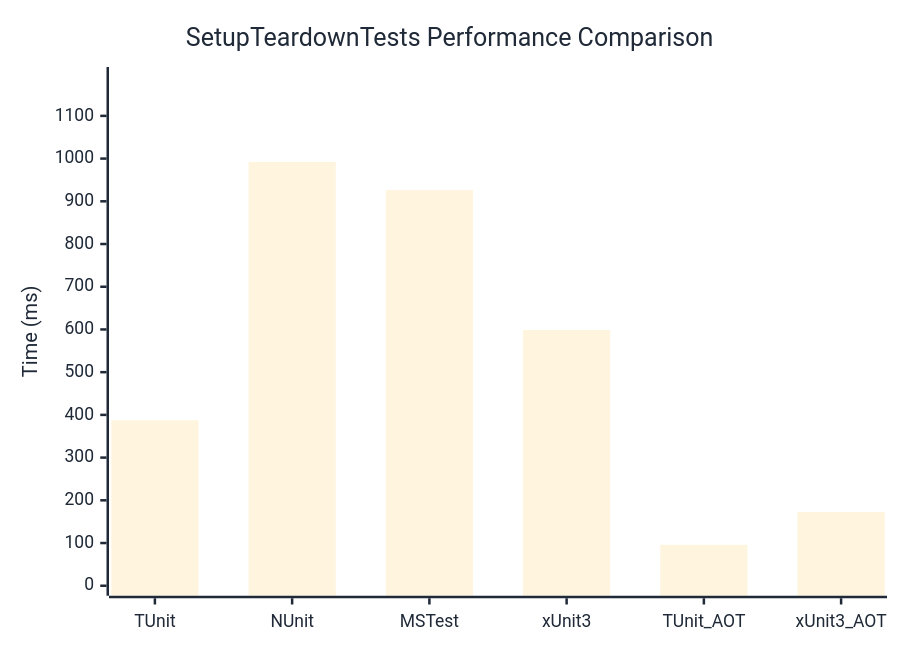
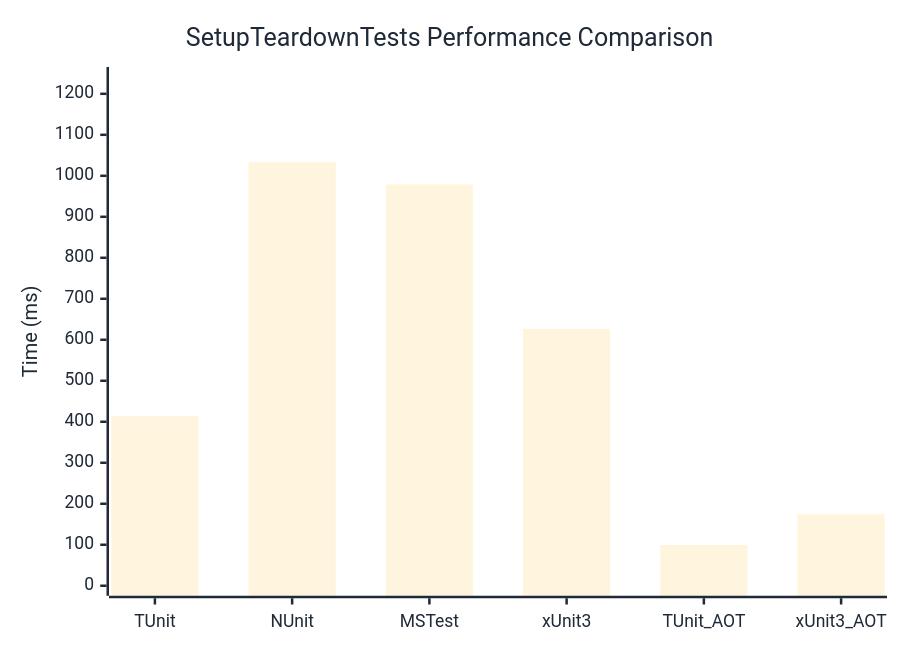
Before and after one commit to thomhurst/TUnit: the diagram in docs/docs/benchmarks/engine/SetupTeardownTests.md, drawn with Mermaid. The commit also changed other lines of this file and 18 other files, not shown here.

````diff
--- a/docs/docs/benchmarks/engine/SetupTeardownTests.md
+++ b/docs/docs/benchmarks/engine/SetupTeardownTests.md
@@ -30,37 +30,37 @@
 ```mermaid
 %%{init: {
   'theme':'base',
   'themeVariables': {
     'primaryColor': '#2563eb',
     'primaryTextColor': '#1f2937',
     'primaryBorderColor': '#1e40af',
     'lineColor': '#6b7280',
     'secondaryColor': '#7c3aed',
     'tertiaryColor': '#dc2626',
     'background': '#ffffff',
     'mainBkg': '#2563eb',
     'secondBkg': '#7c3aed',
     'tertiaryBkg': '#dc2626',
     'clusterBkg': '#f3f4f6',
     'edgeLabelBackground': '#ffffff',
     'tertiaryTextColor': '#1f2937',
     'pie1': '#2563eb',
     'pie2': '#7c3aed',
     'pie3': '#dc2626',
     'pie4': '#f59e0b',
     'pie5': '#10b981',
     'pie6': '#06b6d4',
     'pie7': '#ec4899',
     'pie8': '#6366f1',
     'pie9': '#84cc16',
     'pie10': '#f97316',
     'pie11': '#14b8a6',
     'pie12': '#a855f7'
   }
 }}%%
 xychart-beta
   title "SetupTeardownTests Performance Comparison"
   x-axis ["TUnit", "NUnit", "MSTest", "xUnit3", "TUnit_AOT", "xUnit3_AOT"]
-  y-axis "Time (ms)" 0 --> 1191
-  bar [387.52, 992.12, 926.2, 598.66, 95.9, 172.59]
+  y-axis "Time (ms)" 0 --> 1241
+  bar [413.55, 1033.38, 978.96, 626.85, 99.37, 174.36]
 ```
````
